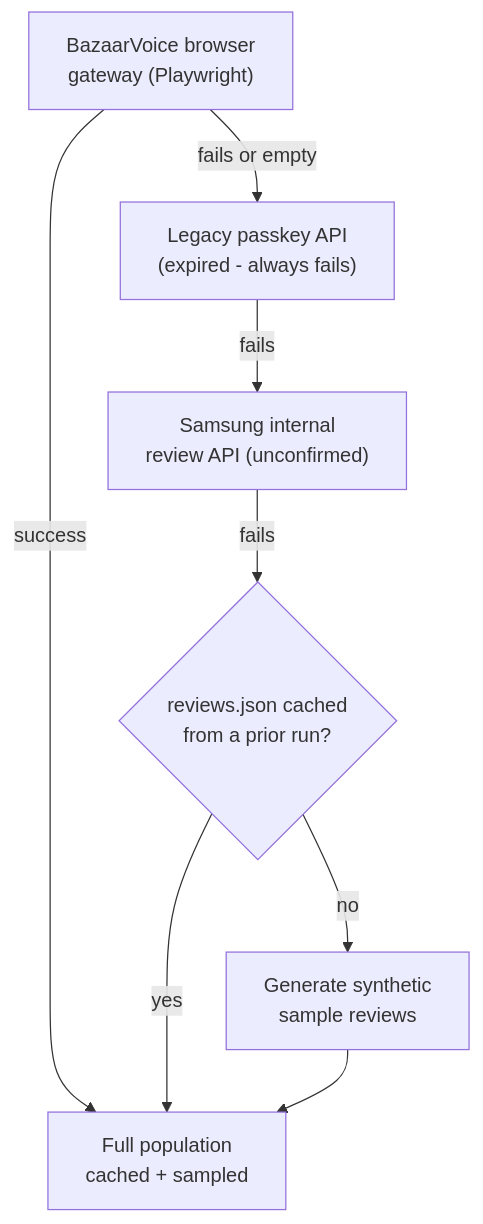
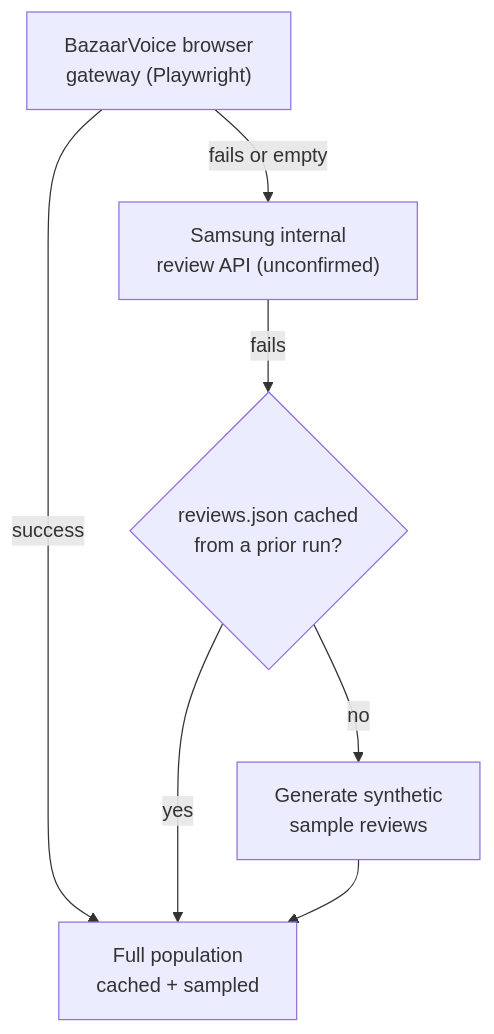
Before and after one commit to dianakang/voc-intelligence-platform: the second of 4 diagrams in README.md, drawn with Mermaid. The commit also changed other lines of this file and 3 other files, not shown here.

Commit message:
remove legacy code (related to BazaarVoice) and update readme.md

````diff
--- a/README.md
+++ b/README.md
@@ -40,10 +40,9 @@
 ```mermaid
 flowchart TD
-    R1["BazaarVoice browser<br/>gateway (Playwright)"] -->|success| R6["Full population<br/>cached + sampled"]
-    R1 -->|fails or empty| R2["Legacy passkey API<br/>(expired - always fails)"]
-    R2 -->|fails| R3["Samsung internal<br/>review API (unconfirmed)"]
-    R3 -->|fails| R4{"reviews.json cached<br/>from a prior run?"}
-    R4 -->|yes| R6
-    R4 -->|no| R5["Generate synthetic<br/>sample reviews"]
-    R5 --> R6
+    R1["BazaarVoice browser<br/>gateway (Playwright)"] -->|success| R5["Full population<br/>cached + sampled"]
+    R1 -->|fails or empty| R2["Samsung internal<br/>review API (unconfirmed)"]
+    R2 -->|fails| R3{"reviews.json cached<br/>from a prior run?"}
+    R3 -->|yes| R5
+    R3 -->|no| R4["Generate synthetic<br/>sample reviews"]
+    R4 --> R5
 ```
````
